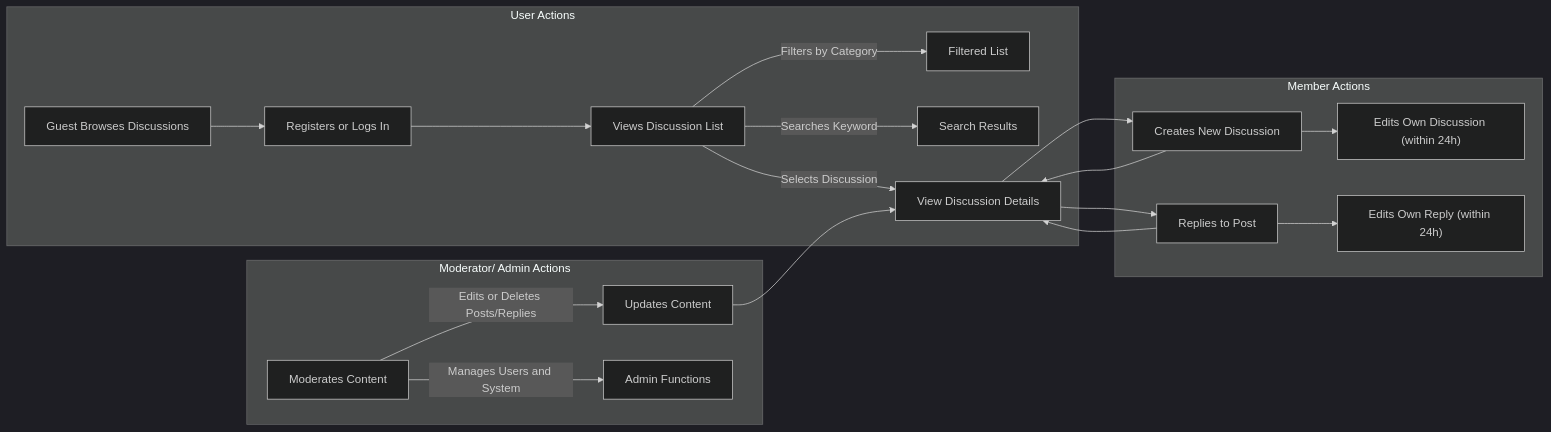
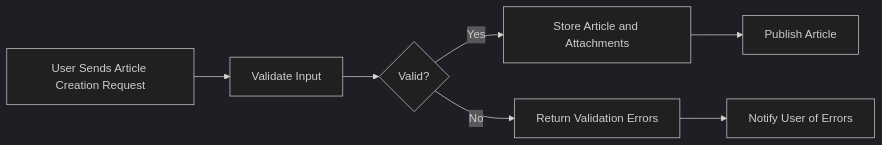
One commit to wrtnlabs/autobe-examples changed the first of 2 diagrams in openai/gpt-4.1-mini/bbs/docs/analysis/03-functional-requirements.md. Above: the diagram before and after it, drawn with Mermaid (dark theme). The commit also changed other lines of this file and 16146 other files, not shown here.

````diff
--- a/openai/gpt-4.1-mini/bbs/docs/analysis/03-functional-requirements.md
+++ b/openai/gpt-4.1-mini/bbs/docs/analysis/03-functional-requirements.md
@@ -100,27 +144,9 @@
 ```mermaid
 graph LR
-  subgraph "User Actions"
-    A["Guest Browses Discussions"] --> B["Registers or Logs In"]
-    B --> C["Views Discussion List"]
-    C -->|"Filters by Category"| D["Filtered List"]
-    C -->|"Searches Keyword"| E["Search Results"]
-    C -->|"Selects Discussion"| F["View Discussion Details"]
-  end
-
-  subgraph "Member Actions"
-    F --> G["Creates New Discussion"]
-    F --> H["Replies to Post"]
-    G --> I["Edits Own Discussion (within 24h)"]
-    H --> J["Edits Own Reply (within 24h)"]
-  end
-
-  subgraph "Moderator/ Admin Actions"
-    M["Moderates Content"]
-    M -->|"Edits or Deletes Posts/Replies"| N["Updates Content"]
-    M -->|"Manages Users and System"| O["Admin Functions"]
-  end
-
-  G --> F
-  H --> F
-  N --> F
+  A["User Sends Article Creation Request"] --> B["Validate Input"]
+  B --> C{"Valid?"}
+  C -->|"Yes"| D["Store Article and Attachments"]
+  C -->|"No"| E["Return Validation Errors"]
+  D --> F["Publish Article"]
+  E --> G["Notify User of Errors"]
 ```
````
